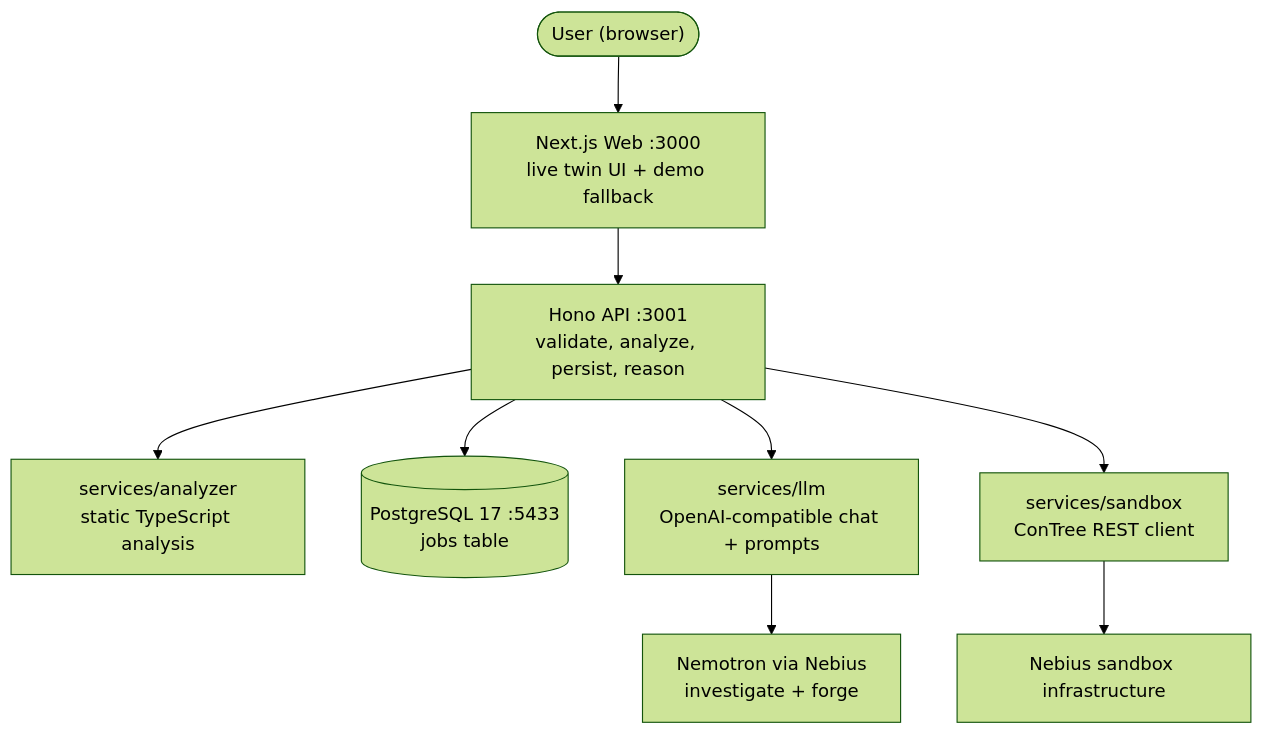
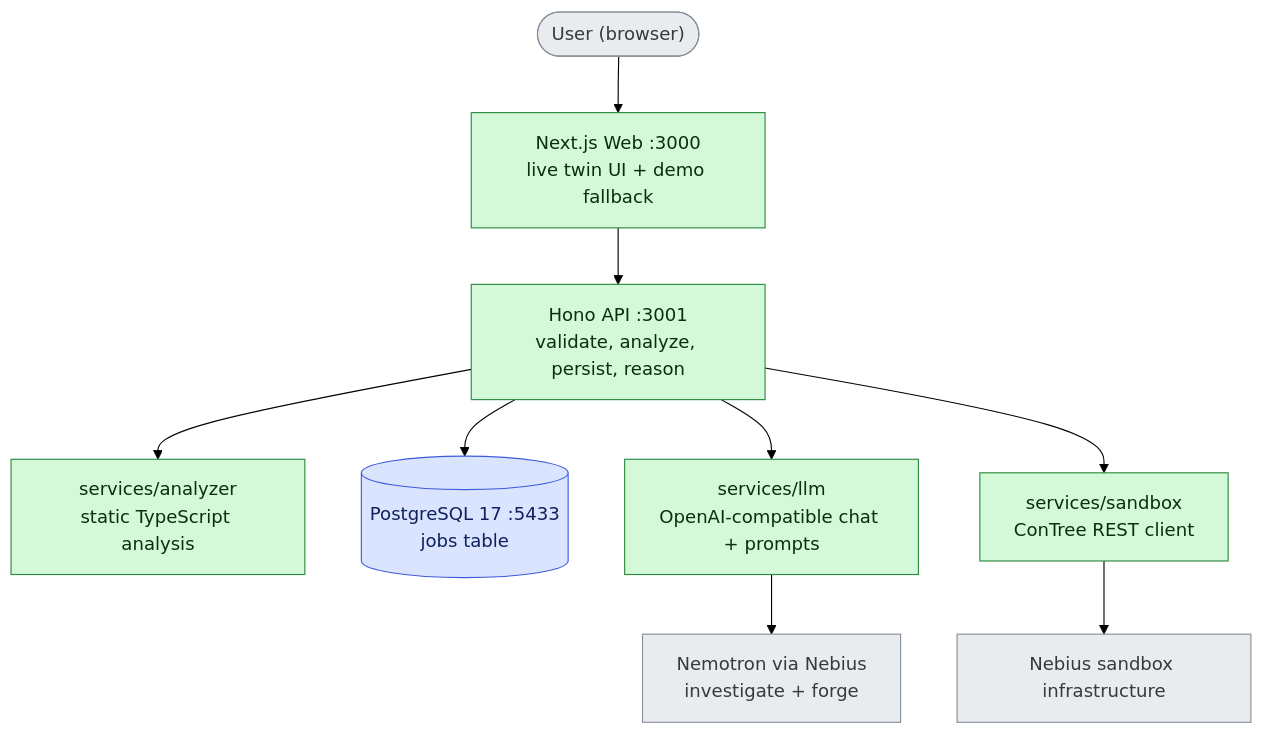
Before and after one commit to kaiser1x/hubris: the first of 17 diagrams in docs/ARCHITECTURE.md, drawn with Mermaid (forest theme). The commit also changed other lines of this file and 1 other file, not shown here.

First line of the commit message:
docs: fix erDiagram reserved word and color-code architecture maps

````diff
--- a/docs/ARCHITECTURE.md
+++ b/docs/ARCHITECTURE.md
@@ -13,21 +13,28 @@
 ```mermaid
 flowchart TD
     User(["User (browser)"])
     Web["Next.js Web :3000<br/>live twin UI + demo fallback"]
     API["Hono API :3001<br/>validate, analyze, persist, reason"]
     Analyzer["services/analyzer<br/>static TypeScript analysis"]
     DB[("PostgreSQL 17 :5433<br/>jobs table")]
     LLM["services/llm<br/>OpenAI-compatible chat + prompts"]
     Model["Nemotron via Nebius<br/>investigate + forge"]
     Sandbox["services/sandbox<br/>ConTree REST client"]
     Infra["Nebius sandbox infrastructure"]
 
     User --> Web
     Web --> API
     API --> Analyzer
     API --> DB
     API --> LLM
     LLM --> Model
     API --> Sandbox
     Sandbox --> Infra
+
+    classDef live fill:#d3f9d8,stroke:#2b8a3e,color:#0b2e13
+    classDef store fill:#dbe4ff,stroke:#3b5bdb,color:#10215c
+    classDef ext fill:#e9ecef,stroke:#868e96,color:#343a40
+    class Web,API,Analyzer,LLM,Sandbox live
+    class DB store
+    class User,Model,Infra ext
 ```
````
